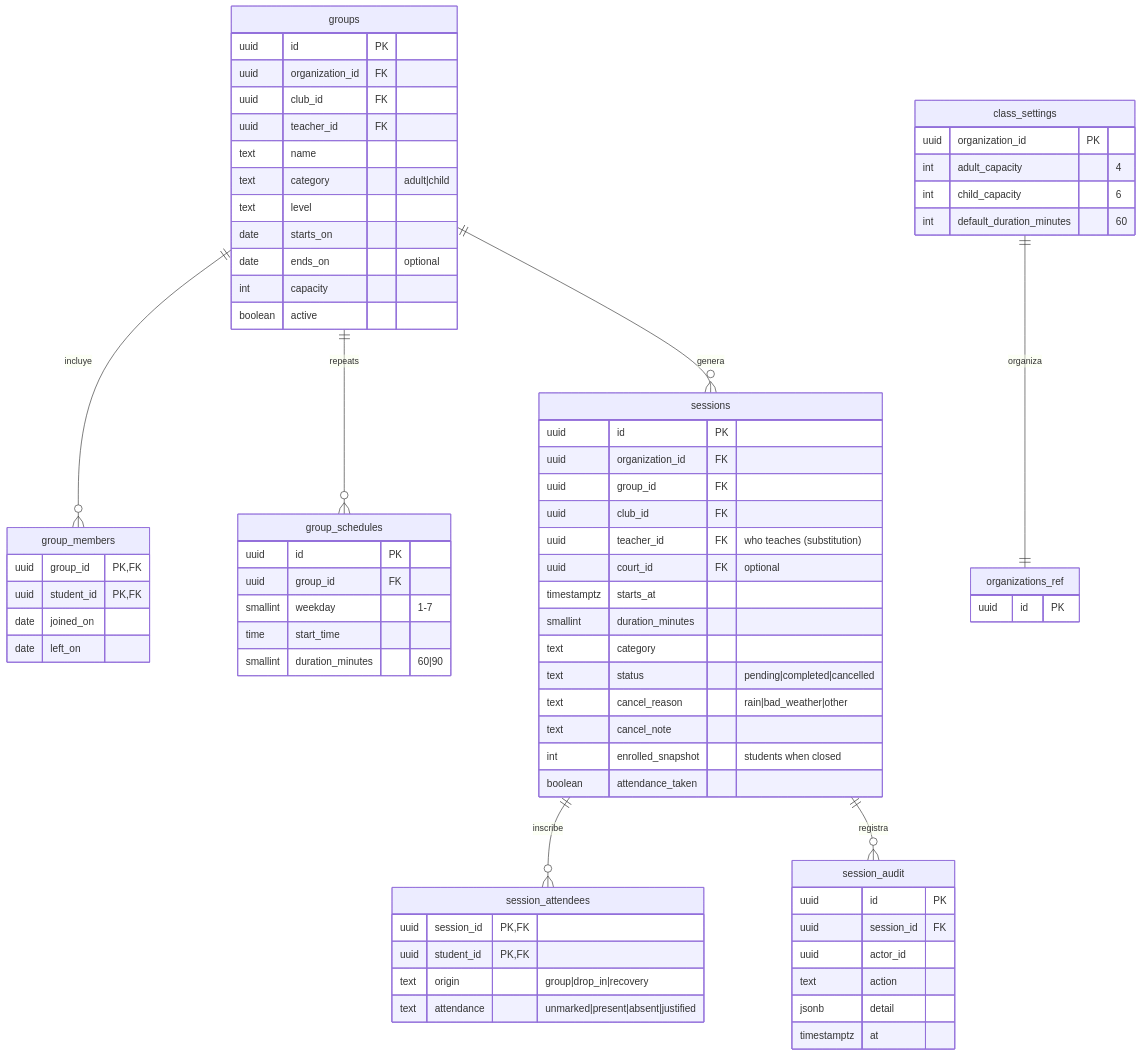
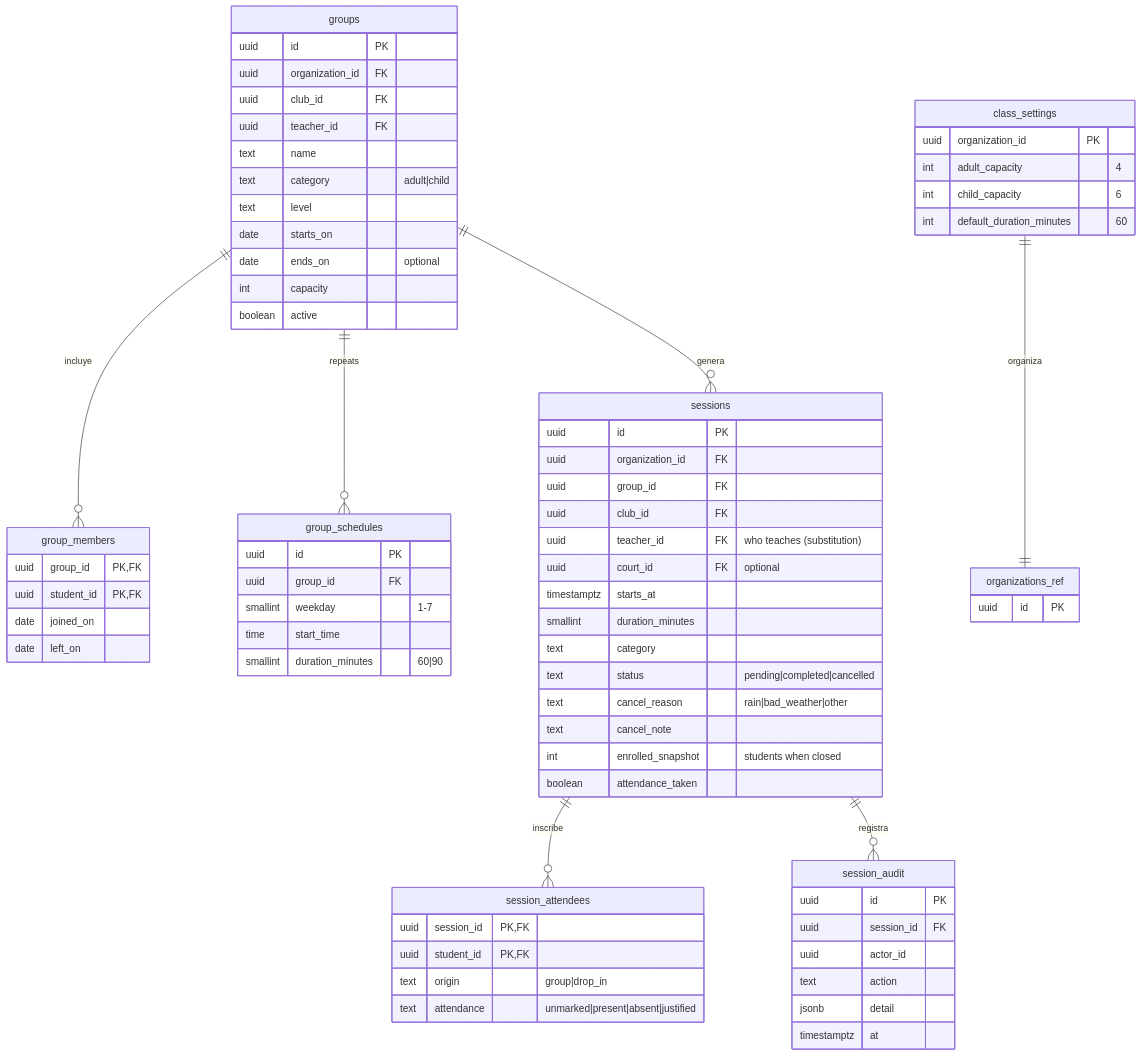
One commit to paf106/aprende-padel-academy-manager-web changed the third of 6 diagrams in docs/DATABASE.md. Above: the diagram before and after it, drawn with Mermaid. The commit also changed other lines of this file and 1 other file, not shown here.

Commit message:
docs: add the date and time rules and update the business rules

````diff
--- a/docs/DATABASE.md
+++ b/docs/DATABASE.md
@@ -182,75 +182,75 @@
 ```mermaid
 erDiagram
     groups ||--o{ group_members : incluye
     groups ||--o{ group_schedules : "repeats"
     groups ||--o{ sessions : genera
     sessions ||--o{ session_attendees : inscribe
     sessions ||--o{ session_audit : registra
     class_settings ||--|| organizations_ref : organiza
 
     class_settings {
         uuid organization_id PK
         int adult_capacity "4"
         int child_capacity "6"
         int default_duration_minutes "60"
     }
     groups {
         uuid id PK
         uuid organization_id FK
         uuid club_id FK
         uuid teacher_id FK
         text name
         text category "adult|child"
         text level
         date starts_on
         date ends_on "optional"
         int capacity
         boolean active
     }
     group_schedules {
         uuid id PK
         uuid group_id FK
         smallint weekday "1-7"
         time start_time
         smallint duration_minutes "60|90"
     }
     group_members {
         uuid group_id PK,FK
         uuid student_id PK,FK
         date joined_on
         date left_on
     }
     sessions {
         uuid id PK
         uuid organization_id FK
         uuid group_id FK
         uuid club_id FK
         uuid teacher_id FK "who teaches (substitution)"
         uuid court_id FK "optional"
         timestamptz starts_at
         smallint duration_minutes
         text category
         text status "pending|completed|cancelled"
         text cancel_reason "rain|bad_weather|other"
         text cancel_note
         int enrolled_snapshot "students when closed"
         boolean attendance_taken
     }
     session_attendees {
         uuid session_id PK,FK
         uuid student_id PK,FK
-        text origin "group|drop_in|recovery"
+        text origin "group|drop_in"
         text attendance "unmarked|present|absent|justified"
     }
     session_audit {
         uuid id PK
         uuid session_id FK
         uuid actor_id
         text action
         jsonb detail
         timestamptz at
     }
     organizations_ref {
         uuid id PK
     }
 ```
````
